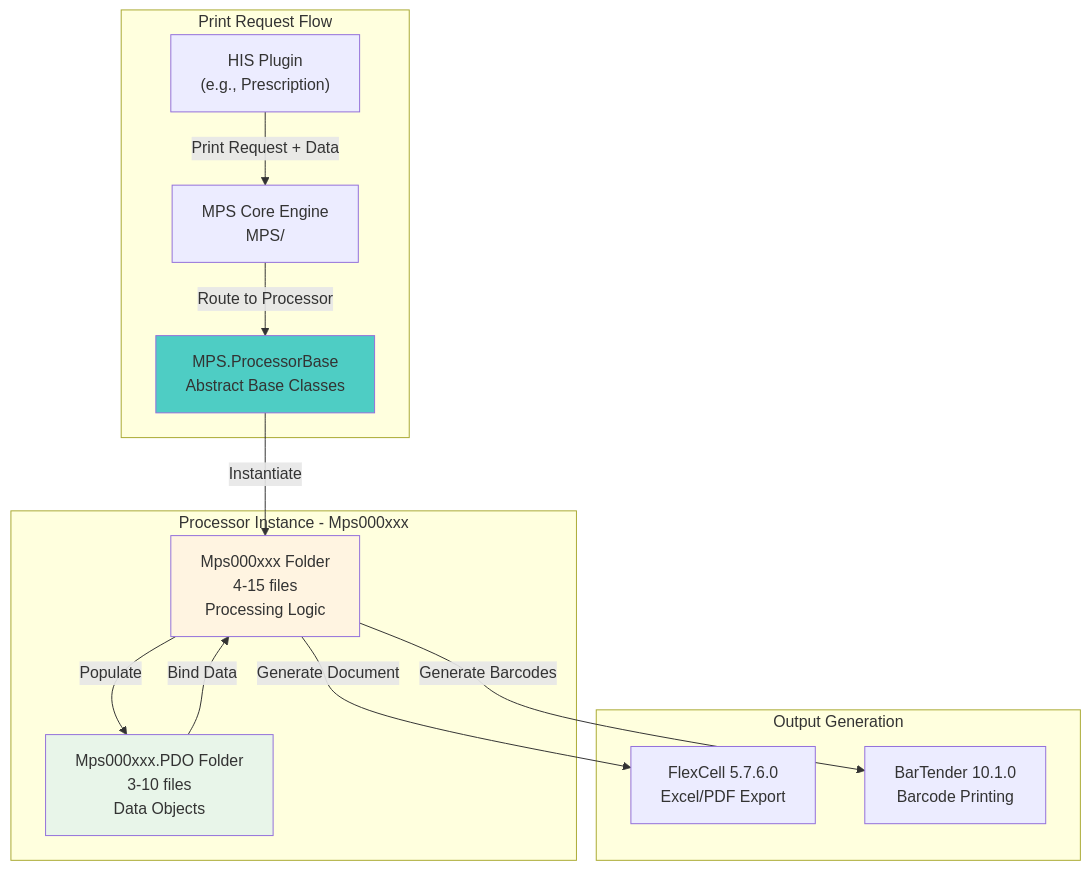
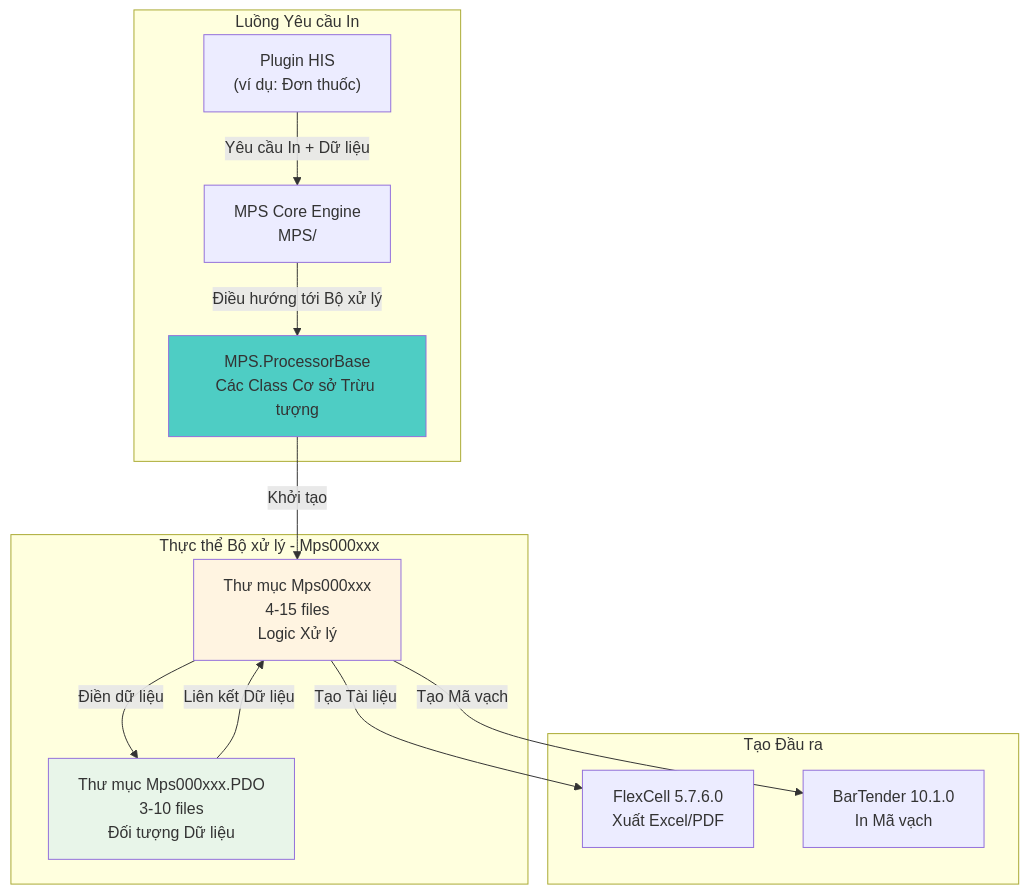
Diagram 16 of 32 in docs/his-ba-documentation/04-integrations/notifications-events.md (thangpnb/HIS), drawn with Mermaid before and after one commit. The commit also changed other lines of this file and 30 other files, not shown here.

Commit message:
Refactor architecture docs and update translations

````diff
--- a/docs/his-ba-documentation/04-integrations/notifications-events.md
+++ b/docs/his-ba-documentation/04-integrations/notifications-events.md
@@ -1286,30 +1162,30 @@
 ```mermaid
 graph TB
-    subgraph "Print Request Flow"
-        Plugin["HIS Plugin<br/>(e.g., Prescription)"]
+    subgraph "Luồng Yêu cầu In"
+        Plugin["Plugin HIS<br/>(ví dụ: Đơn thuốc)"]
         MPSCore["MPS Core Engine<br/>MPS/"]
-        ProcessorBase["MPS.ProcessorBase<br/>Abstract Base Classes"]
+        ProcessorBase["MPS.ProcessorBase<br/>Các Class Cơ sở Trừu tượng"]
     end
     
-    subgraph "Processor Instance - Mps000xxx"
-        Logic["Mps000xxx Folder<br/>4-15 files<br/>Processing Logic"]
-        PDO["Mps000xxx.PDO Folder<br/>3-10 files<br/>Data Objects"]
+    subgraph "Thực thể Bộ xử lý - Mps000xxx"
+        Logic["Thư mục Mps000xxx<br/>4-15 files<br/>Logic Xử lý"]
+        PDO["Thư mục Mps000xxx.PDO<br/>3-10 files<br/>Đối tượng Dữ liệu"]
     end
     
-    subgraph "Output Generation"
-        FlexCell["FlexCell 5.7.6.0<br/>Excel/PDF Export"]
-        BarTender["BarTender 10.1.0<br/>Barcode Printing"]
+    subgraph "Tạo Đầu ra"
+        FlexCell["FlexCell 5.7.6.0<br/>Xuất Excel/PDF"]
+        BarTender["BarTender 10.1.0<br/>In Mã vạch"]
     end
     
-    Plugin -->|"Print Request + Data"| MPSCore
-    MPSCore -->|"Route to Processor"| ProcessorBase
-    ProcessorBase -->|"Instantiate"| Logic
-    Logic -->|"Populate"| PDO
-    PDO -->|"Bind Data"| Logic
-    Logic -->|"Generate Document"| FlexCell
-    Logic -->|"Generate Barcodes"| BarTender
+    Plugin -->|"Yêu cầu In + Dữ liệu"| MPSCore
+    MPSCore -->|"Điều hướng tới Bộ xử lý"| ProcessorBase
+    ProcessorBase -->|"Khởi tạo"| Logic
+    Logic -->|"Điền dữ liệu"| PDO
+    PDO -->|"Liên kết Dữ liệu"| Logic
+    Logic -->|"Tạo Tài liệu"| FlexCell
+    Logic -->|"Tạo Mã vạch"| BarTender
     
     style Logic fill:#fff4e1
     style PDO fill:#e8f5e9
     style ProcessorBase fill:#4ecdc4
 ```
````
